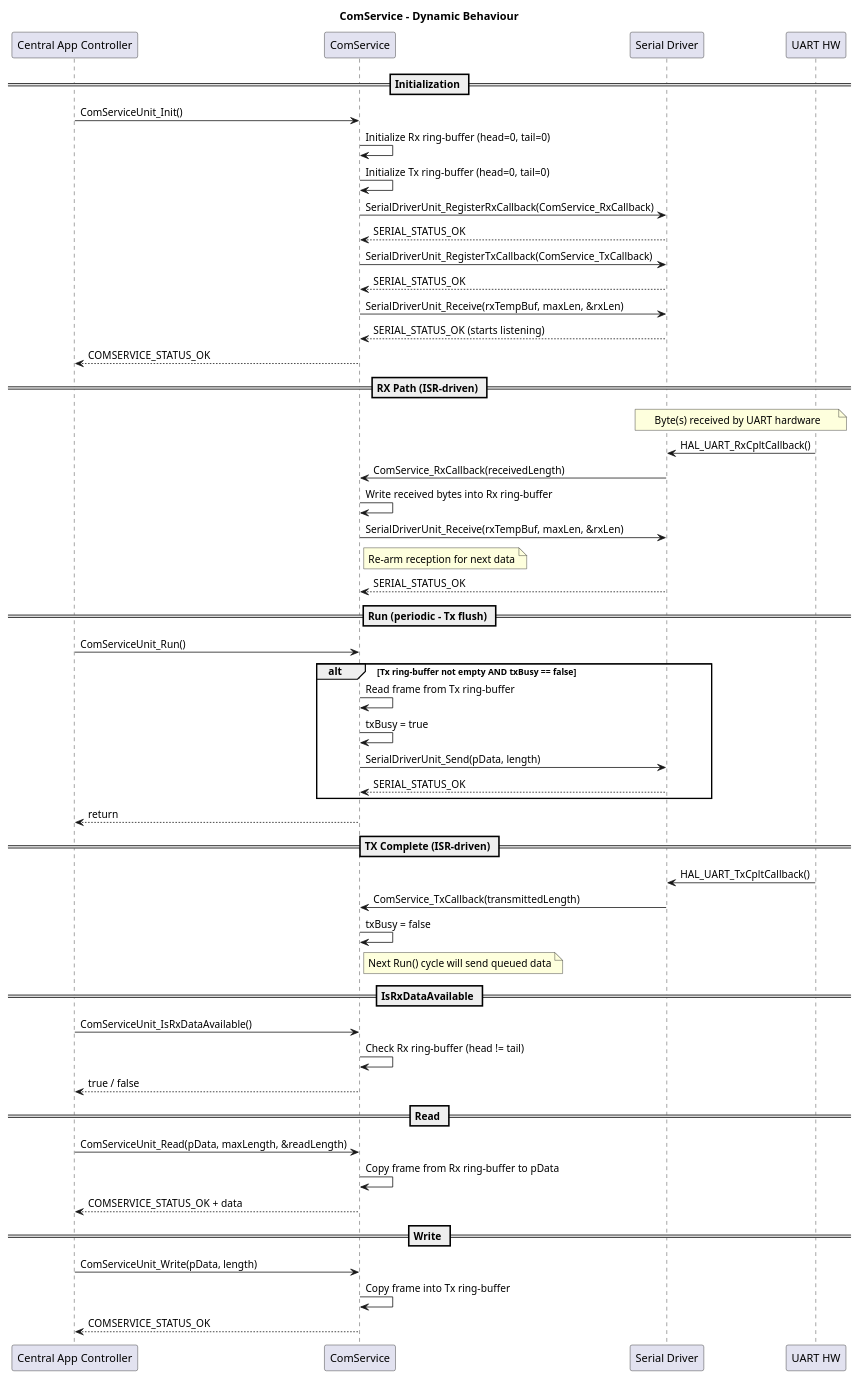
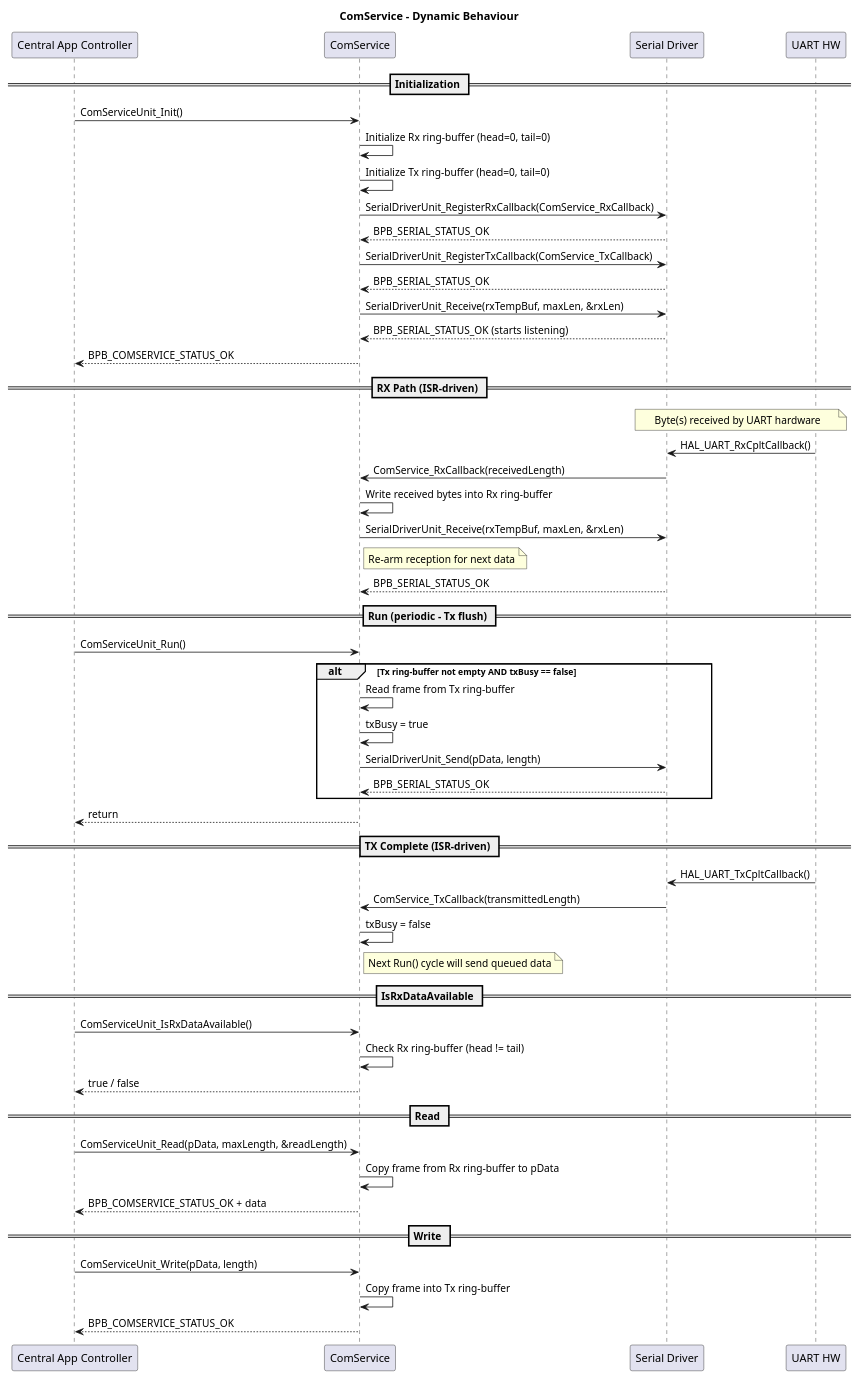
Before and after one commit to LinhTrucVo/Bico_Protocol_Bridge: the diagram in 2_architecture/fucntionView/layer2Service/comService/dynamicBehaviour.puml, drawn with PlantUML. The commit also changed 195 other files, not shown here.

```diff
--- a/2_architecture/fucntionView/layer2Service/comService/dynamicBehaviour.puml
+++ b/2_architecture/fucntionView/layer2Service/comService/dynamicBehaviour.puml
@@ -1,61 +1,61 @@
 @startuml
 title ComService - Dynamic Behaviour
 
 participant "Central App Controller" as CAC
 participant "ComService" as COM
 participant "Serial Driver" as SD
 participant "UART HW" as HW
 
 == Initialization ==
 CAC -> COM : ComServiceUnit_Init()
 COM -> COM : Initialize Rx ring-buffer (head=0, tail=0)
 COM -> COM : Initialize Tx ring-buffer (head=0, tail=0)
 COM -> SD : SerialDriverUnit_RegisterRxCallback(ComService_RxCallback)
-SD --> COM : SERIAL_STATUS_OK
+SD --> COM : BPB_SERIAL_STATUS_OK
 COM -> SD : SerialDriverUnit_RegisterTxCallback(ComService_TxCallback)
-SD --> COM : SERIAL_STATUS_OK
+SD --> COM : BPB_SERIAL_STATUS_OK
 COM -> SD : SerialDriverUnit_Receive(rxTempBuf, maxLen, &rxLen)
-SD --> COM : SERIAL_STATUS_OK (starts listening)
-COM --> CAC : COMSERVICE_STATUS_OK
+SD --> COM : BPB_SERIAL_STATUS_OK (starts listening)
+COM --> CAC : BPB_COMSERVICE_STATUS_OK
 
 == RX Path (ISR-driven) ==
 note over HW, SD : Byte(s) received by UART hardware
 HW -> SD : HAL_UART_RxCpltCallback()
 SD -> COM : ComService_RxCallback(receivedLength)
 COM -> COM : Write received bytes into Rx ring-buffer
 COM -> SD : SerialDriverUnit_Receive(rxTempBuf, maxLen, &rxLen)
 note right of COM : Re-arm reception for next data
-SD --> COM : SERIAL_STATUS_OK
+SD --> COM : BPB_SERIAL_STATUS_OK
 
 == Run (periodic - Tx flush) ==
 CAC -> COM : ComServiceUnit_Run()
 alt Tx ring-buffer not empty AND txBusy == false
     COM -> COM : Read frame from Tx ring-buffer
     COM -> COM : txBusy = true
     COM -> SD : SerialDriverUnit_Send(pData, length)
-    SD --> COM : SERIAL_STATUS_OK
+    SD --> COM : BPB_SERIAL_STATUS_OK
 end
 COM --> CAC : return
 
 == TX Complete (ISR-driven) ==
 HW -> SD : HAL_UART_TxCpltCallback()
 SD -> COM : ComService_TxCallback(transmittedLength)
 COM -> COM : txBusy = false
 note right of COM : Next Run() cycle will send queued data
 
 == IsRxDataAvailable ==
 CAC -> COM : ComServiceUnit_IsRxDataAvailable()
 COM -> COM : Check Rx ring-buffer (head != tail)
 COM --> CAC : true / false
 
 == Read ==
 CAC -> COM : ComServiceUnit_Read(pData, maxLength, &readLength)
 COM -> COM : Copy frame from Rx ring-buffer to pData
-COM --> CAC : COMSERVICE_STATUS_OK + data
+COM --> CAC : BPB_COMSERVICE_STATUS_OK + data
 
 == Write ==
 CAC -> COM : ComServiceUnit_Write(pData, length)
 COM -> COM : Copy frame into Tx ring-buffer
-COM --> CAC : COMSERVICE_STATUS_OK
+COM --> CAC : BPB_COMSERVICE_STATUS_OK
 
 @enduml
```
